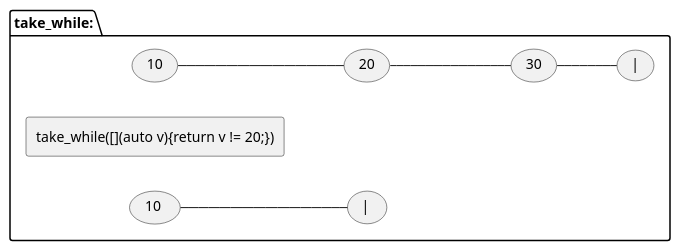
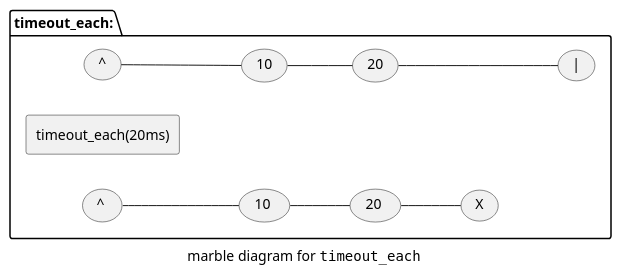
Before and after one commit to kirkshoop/sequence-next: diagram 16 of 16 in sequences.md, drawn with PlantUML. The commit also changed other lines of this file, not shown here.

Commit message:
more diagrams and algorithm descriptions

````diff
--- a/sequences.md
+++ b/sequences.md
@@ -508,10 +635,13 @@
 ```plantuml
+caption marble diagram for ""timeout_each""
 left to right direction
-package take_while: {
+package timeout_each: {
+(^) -- (10)
 (10) -- (20)
-(20) --- (30)
-(30) -- (|)
-rectangle ""take_while([](auto v){return v != 20;})""
-(10 ) -- (| )
+(20) --- (|)
+rectangle ""timeout_each(20ms)""
+(^ ) -- (10 )
+(10 ) -- (20 )
+(20 ) -- (X)
 }
 ```
````
